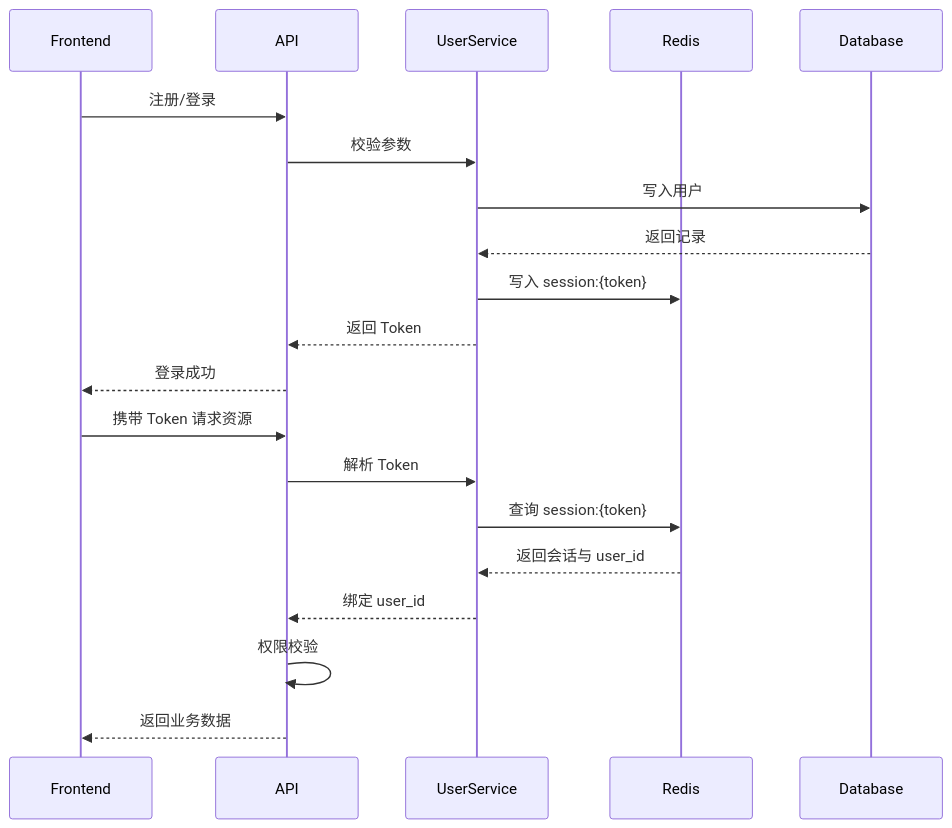
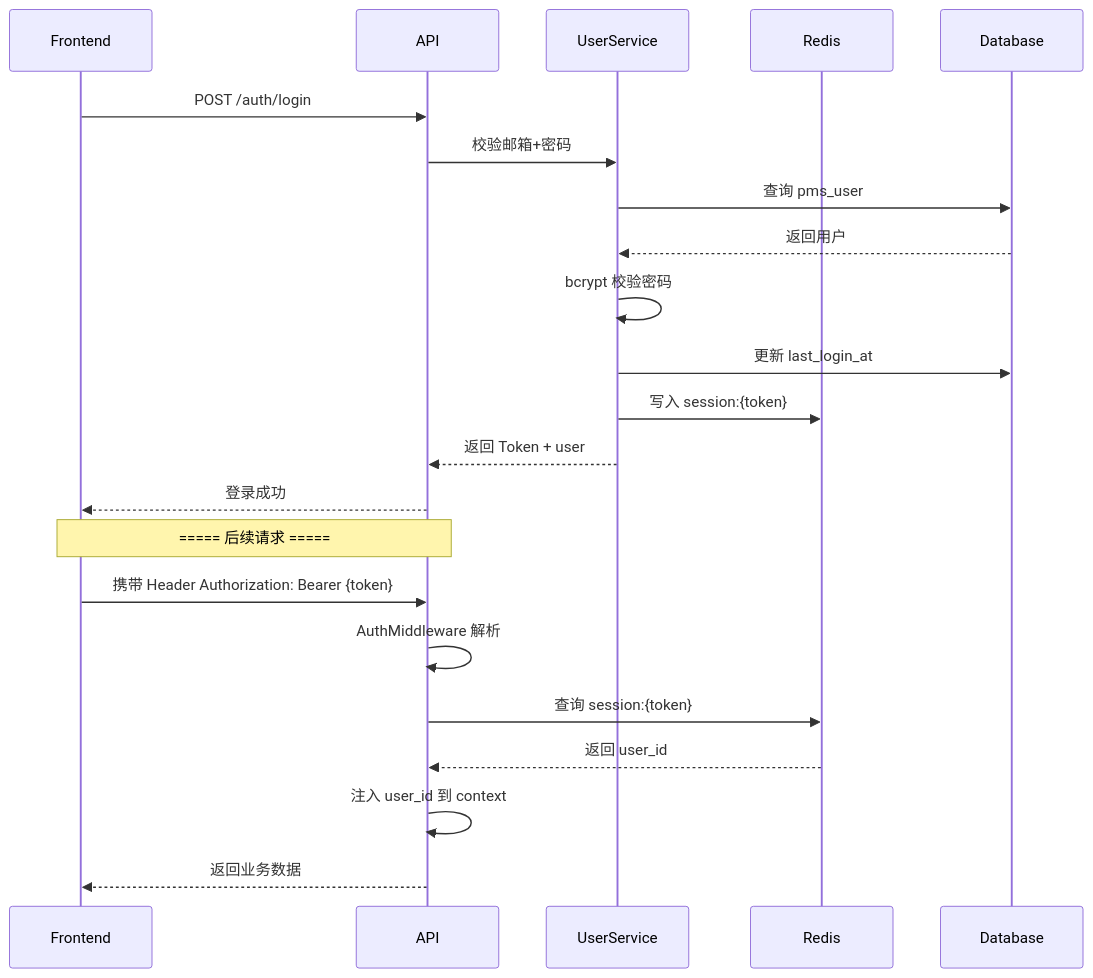
The second of 4 diagrams in docs/[00]用户模块/README.md (fairyspace/x-media), drawn with Mermaid before and after one commit. The commit also changed other lines of this file and 2 other files, not shown here.

````diff
--- a/docs/[00]用户模块/README.md
+++ b/docs/[00]用户模块/README.md
@@ -84,22 +353,27 @@
 ```mermaid
 sequenceDiagram
     participant Frontend
     participant API
     participant UserService
     participant Redis
     participant Database
-    Frontend ->> API: 注册/登录
-    API ->> UserService: 校验参数
-    UserService ->> Database: 写入用户
-    Database -->> UserService: 返回记录
+
+    Frontend ->> API: POST /auth/login
+    API ->> UserService: 校验邮箱+密码
+    UserService ->> Database: 查询 pms_user
+    Database -->> UserService: 返回用户
+    UserService ->> UserService: bcrypt 校验密码
+    UserService ->> Database: 更新 last_login_at
     UserService ->> Redis: 写入 session:{token}
-    UserService -->> API: 返回 Token
+    UserService -->> API: 返回 Token + user
     API -->> Frontend: 登录成功
-    Frontend ->> API: 携带 Token 请求资源
-    API ->> UserService: 解析 Token
-    UserService ->> Redis: 查询 session:{token}
-    Redis -->> UserService: 返回会话与 user_id
-    UserService -->> API: 绑定 user_id
-    API ->> API: 权限校验
+
+    Note over Frontend,API: ===== 后续请求 =====
+
+    Frontend ->> API: 携带 Header Authorization: Bearer {token}
+    API ->> API: AuthMiddleware 解析
+    API ->> Redis: 查询 session:{token}
+    Redis -->> API: 返回 user_id
+    API ->> API: 注入 user_id 到 context
     API -->> Frontend: 返回业务数据
 ```
````
